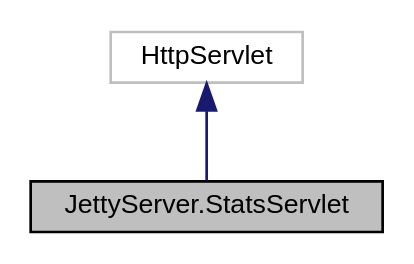
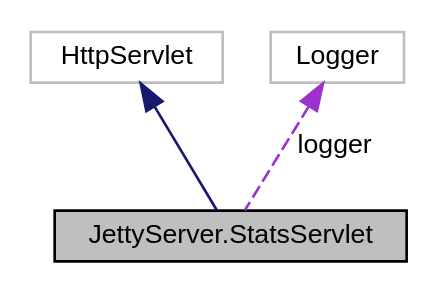
Before and after one commit to enekoatxa/RadarCovid: the diagram in docs/class_jetty_server_1_1_stats_servlet__coll__graph.dot, drawn with Graphviz. The commit also changed 281 other files, not shown here.

```diff
--- a/docs/class_jetty_server_1_1_stats_servlet__coll__graph.dot
+++ b/docs/class_jetty_server_1_1_stats_servlet__coll__graph.dot
@@ -1,9 +1,11 @@
 digraph "JettyServer.StatsServlet"
 {
  // LATEX_PDF_SIZE
   edge [fontname="Helvetica",fontsize="10",labelfontname="Helvetica",labelfontsize="10"];
   node [fontname="Helvetica",fontsize="10",shape=record];
   Node1 [label="JettyServer.StatsServlet",height=0.2,width=0.4,color="black", fillcolor="grey75", style="filled", fontcolor="black",tooltip=" "];
   Node2 -> Node1 [dir="back",color="midnightblue",fontsize="10",style="solid",fontname="Helvetica"];
   Node2 [label="HttpServlet",height=0.2,width=0.4,color="grey75", fillcolor="white", style="filled",tooltip=" "];
+  Node3 -> Node1 [dir="back",color="darkorchid3",fontsize="10",style="dashed",label=" logger" ,fontname="Helvetica"];
+  Node3 [label="Logger",height=0.2,width=0.4,color="grey75", fillcolor="white", style="filled",tooltip=" "];
 }
```
